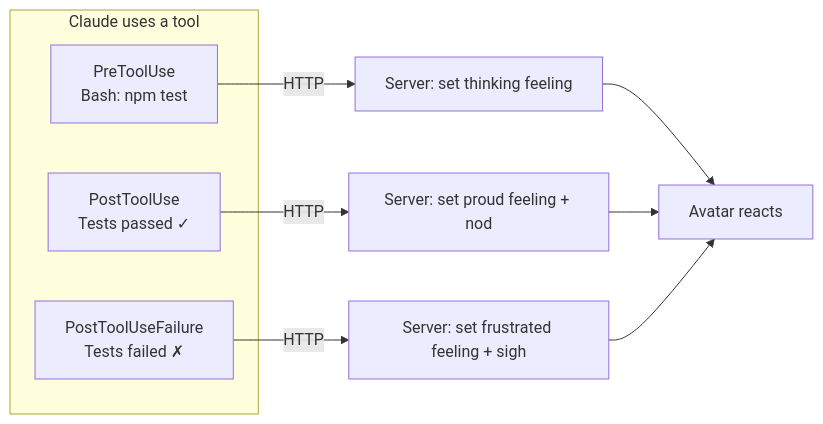
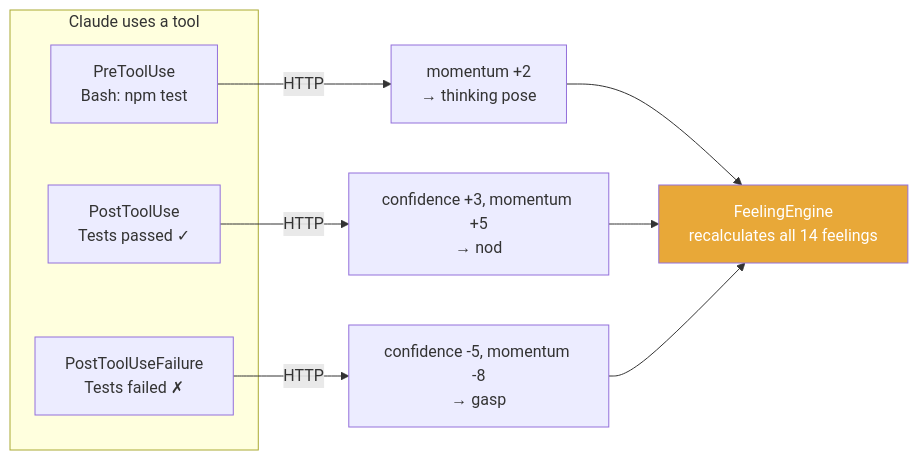
One commit to syahiidkamil/vibe-ai-partner-entity changed the second of 6 diagrams in docs/architecture/10-hooks-system.md. Above: the diagram before and after it, drawn with Mermaid. The commit also changed other lines of this file and 5 other files, not shown here.

````diff
--- a/docs/architecture/10-hooks-system.md
+++ b/docs/architecture/10-hooks-system.md
@@ -56,14 +60,16 @@
 ```mermaid
 graph LR
     subgraph "Claude uses a tool"
         Pre["PreToolUse<br/>Bash: npm test"]
         Post["PostToolUse<br/>Tests passed ✓"]
         Fail["PostToolUseFailure<br/>Tests failed ✗"]
     end
 
-    Pre -->|"HTTP"| S1["Server: set thinking feeling"]
-    Post -->|"HTTP"| S2["Server: set proud feeling + nod"]
-    Fail -->|"HTTP"| S3["Server: set frustrated feeling + sigh"]
+    Pre -->|"HTTP"| S1["momentum +2<br/>→ thinking pose"]
+    Post -->|"HTTP"| S2["confidence +3, momentum +5<br/>→ nod"]
+    Fail -->|"HTTP"| S3["confidence -5, momentum -8<br/>→ gasp"]
 
-    S1 & S2 & S3 --> Avatar["Avatar reacts"]
+    S1 & S2 & S3 --> Engine["FeelingEngine<br/>recalculates all 14 feelings"]
+
+    style Engine fill:#e8a838,color:#fff
 ```
````
